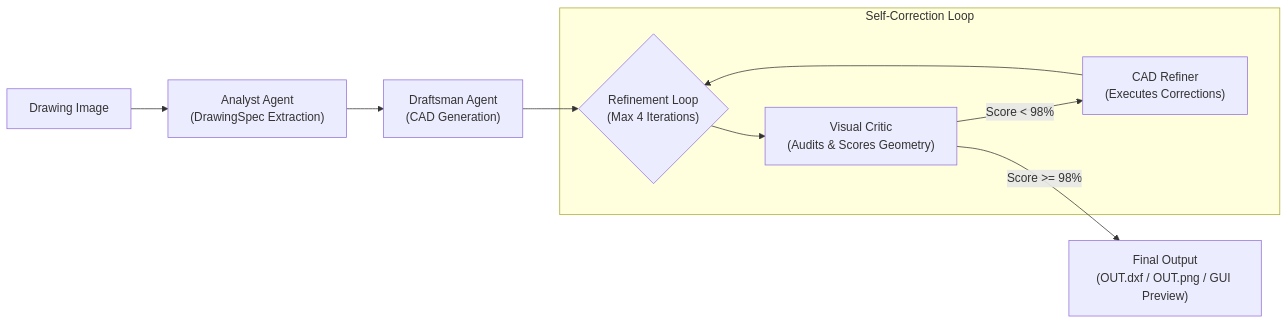
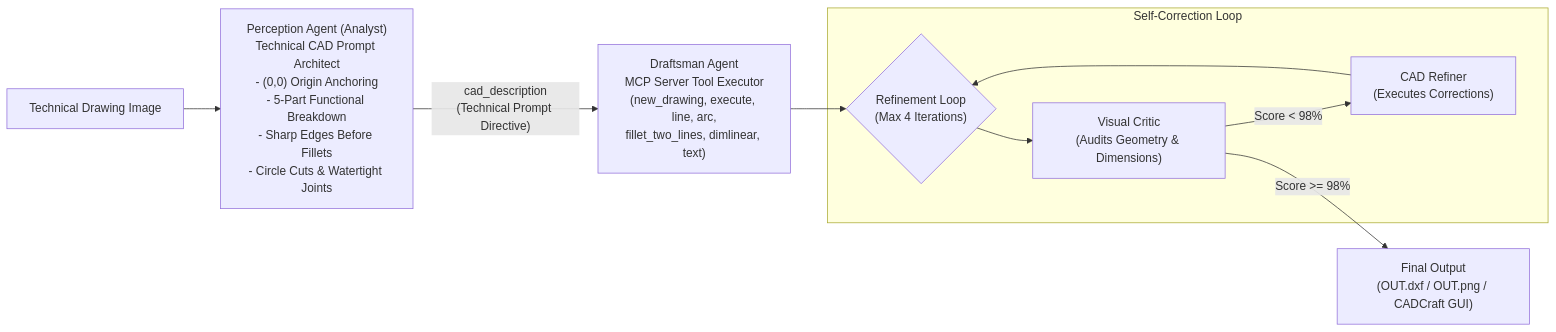
Before and after one commit to Udhayan27-Dev/Agentic_Sketch: the diagram in my_agent/PROJECT_STATUS.md, drawn with Mermaid. The commit also changed other lines of this file and 120 other files, not shown here.

````diff
--- a/my_agent/PROJECT_STATUS.md
+++ b/my_agent/PROJECT_STATUS.md
@@ -13,12 +13,12 @@
 ```mermaid
 flowchart LR
-    Img["Drawing Image"] --> Analyst["Analyst Agent<br/>(DrawingSpec Extraction)"]
-    Analyst --> Draftsman["Draftsman Agent<br/>(CAD Generation)"]
+    Img["Technical Drawing Image"] --> Analyst["Perception Agent (Analyst)<br/>Technical CAD Prompt Architect<br/>- (0,0) Origin Anchoring<br/>- 5-Part Functional Breakdown<br/>- Sharp Edges Before Fillets<br/>- Circle Cuts & Watertight Joints"]
+    Analyst -->|"cad_description<br/>(Technical Prompt Directive)"| Draftsman["Draftsman Agent<br/>MCP Server Tool Executor<br/>(new_drawing, execute, line, arc,<br/>fillet_two_lines, dimlinear, text)"]
     Draftsman --> Loop{"Refinement Loop<br/>(Max 4 Iterations)"}
     subgraph Refinement["Self-Correction Loop"]
-        Loop --> Critic["Visual Critic<br/>(Audits & Scores Geometry)"]
+        Loop --> Critic["Visual Critic<br/>(Audits Geometry & Dimensions)"]
         Critic -->|Score < 98%| Refiner["CAD Refiner<br/>(Executes Corrections)"]
         Refiner --> Loop
     end
-    Critic -->|Score >= 98%| Output["Final Output<br/>(OUT.dxf / OUT.png / GUI Preview)"]
+    Critic -->|Score >= 98%| Output["Final Output<br/>(OUT.dxf / OUT.png / CADCraft GUI)"]
 ```
````
